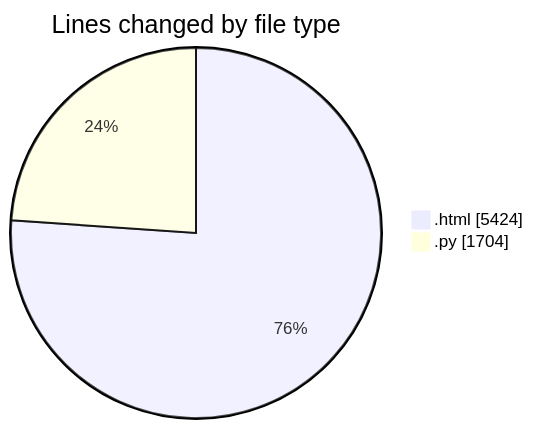
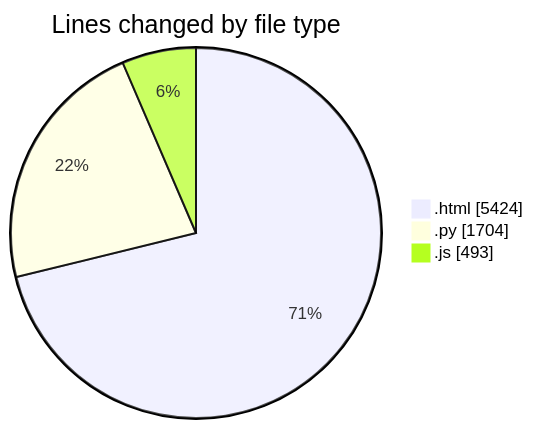
The first of 2 diagrams in 2026-07-12/untitled__workspace_/README.md (shibass792/code-tracking), drawn with Mermaid before and after one commit. The commit also changed other lines of this file and 1 other file, not shown here.

````diff
--- a/2026-07-12/untitled__workspace_/README.md
+++ b/2026-07-12/untitled__workspace_/README.md
@@ -23,6 +24,7 @@
 ```mermaid
 pie showData
 title Lines changed by file type
 ".html" : 5424
 ".py" : 1704
+".js" : 493
 ```
````
